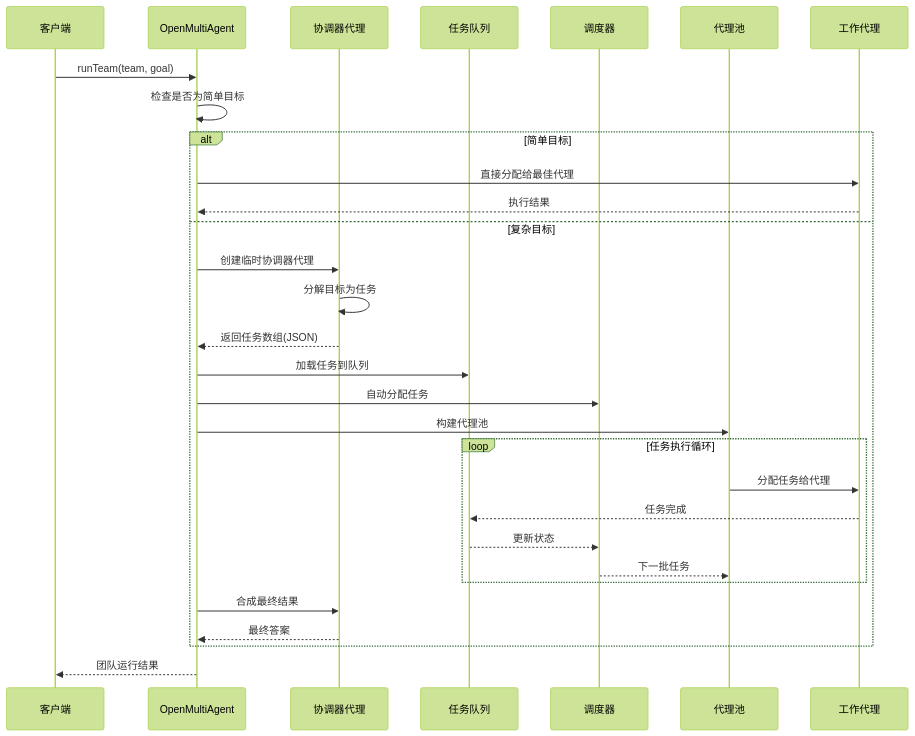
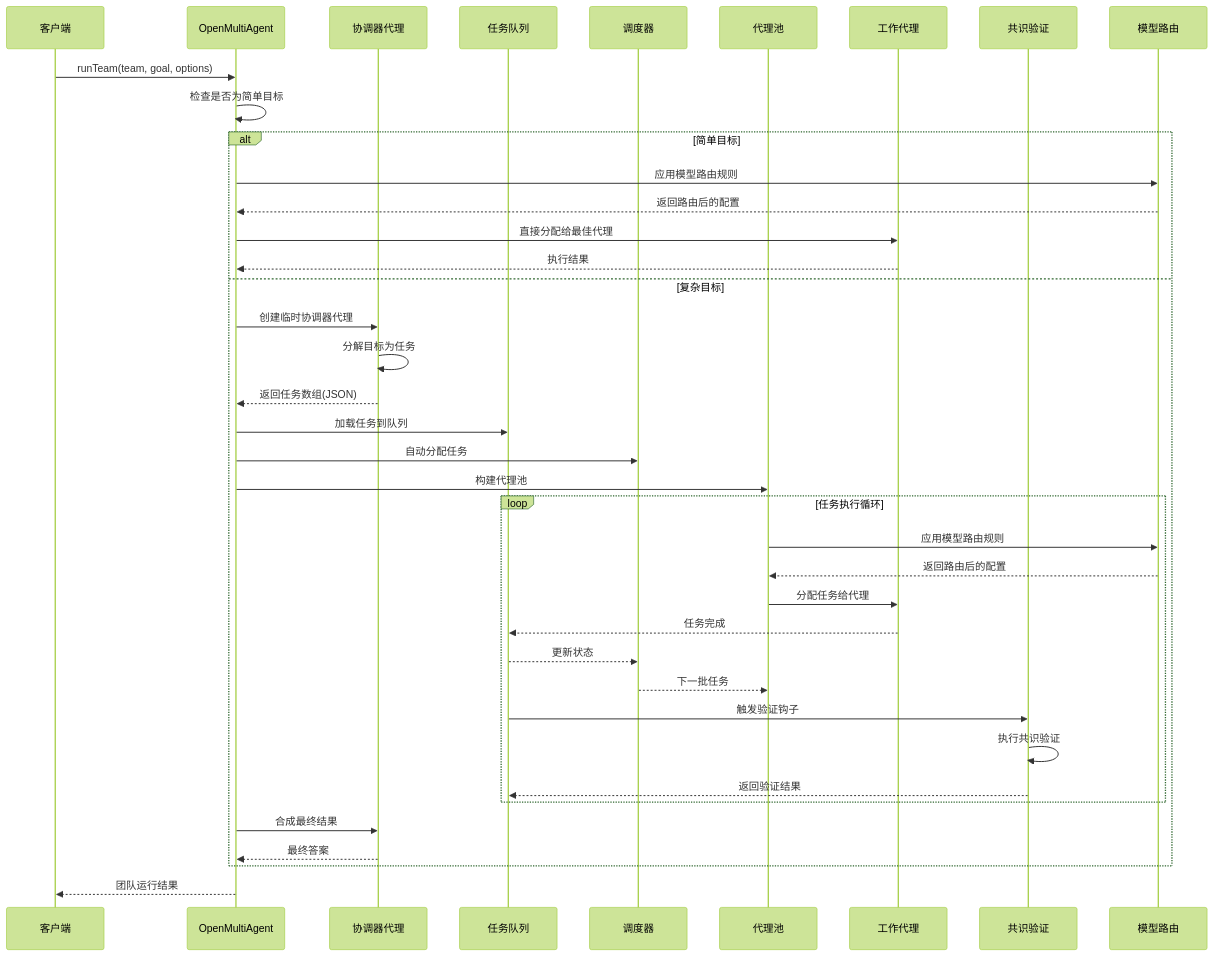
The second of 9 diagrams in .qoder/repowiki/zh/content/核心概念/协调器模式.md (haolange/open-multi-agent), drawn with Mermaid (forest theme) before and after one commit. The commit also changed other lines of this file and 7 other files, not shown here.

````diff
--- a/.qoder/repowiki/zh/content/核心概念/协调器模式.md
+++ b/.qoder/repowiki/zh/content/核心概念/协调器模式.md
@@ -122,32 +151,41 @@
 ```mermaid
 sequenceDiagram
 participant Client as 客户端
 participant OM as OpenMultiAgent
 participant CO as 协调器代理
 participant PQ as 任务队列
 participant SCH as 调度器
 participant AP as 代理池
 participant AG as 工作代理
-Client->>OM : runTeam(team, goal)
+participant CN as 共识验证
+participant MR as 模型路由
+Client->>OM : runTeam(team, goal, options)
 OM->>OM : 检查是否为简单目标
 alt 简单目标
+OM->>MR : 应用模型路由规则
+MR-->>OM : 返回路由后的配置
 OM->>AG : 直接分配给最佳代理
 AG-->>OM : 执行结果
 else 复杂目标
 OM->>CO : 创建临时协调器代理
 CO->>CO : 分解目标为任务
 CO-->>OM : 返回任务数组(JSON)
 OM->>PQ : 加载任务到队列
 OM->>SCH : 自动分配任务
 OM->>AP : 构建代理池
 loop 任务执行循环
+AP->>MR : 应用模型路由规则
+MR-->>AP : 返回路由后的配置
 AP->>AG : 分配任务给代理
 AG-->>PQ : 任务完成
 PQ-->>SCH : 更新状态
 SCH-->>AP : 下一批任务
+PQ->>CN : 触发验证钩子
+CN->>CN : 执行共识验证
+CN-->>PQ : 返回验证结果
 end
 OM->>CO : 合成最终结果
 CO-->>OM : 最终答案
 end
 OM-->>Client : 团队运行结果
 ```
````
